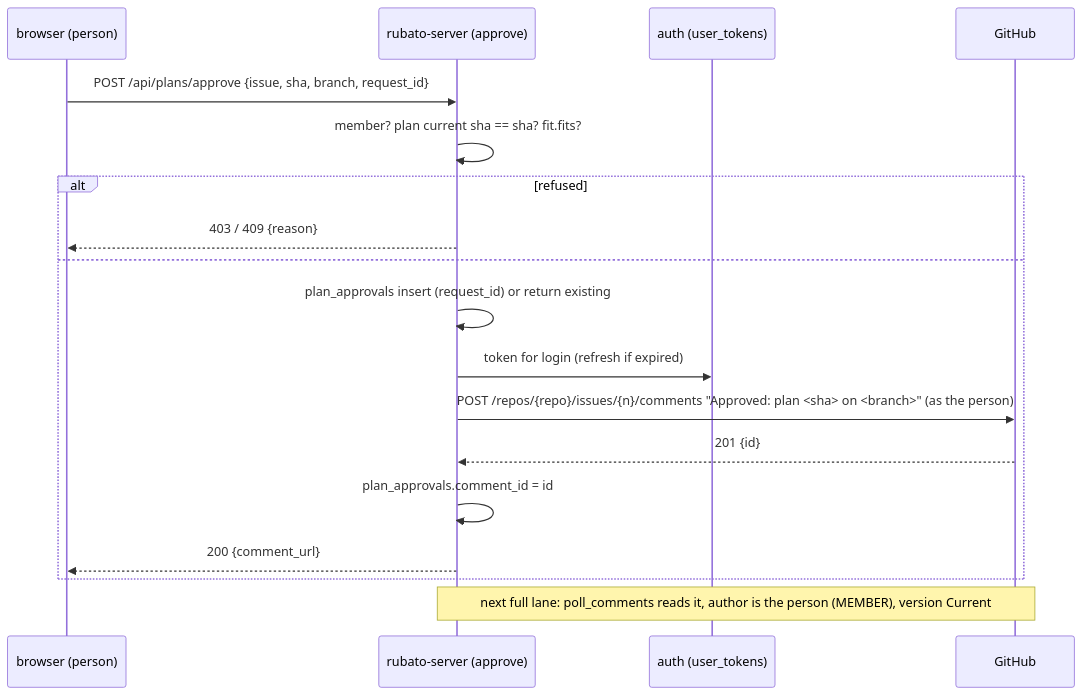
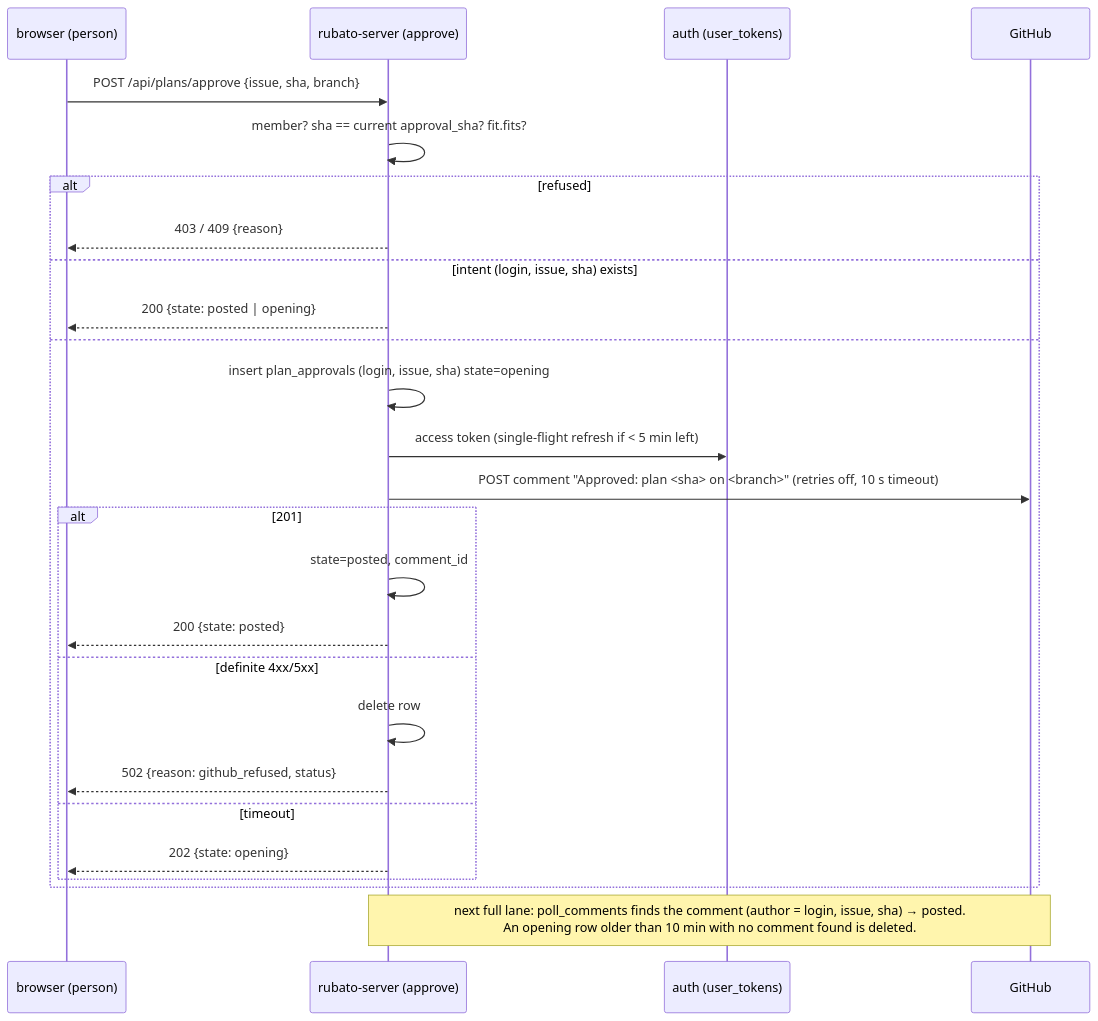
The second of 2 diagrams in docs/plans/80-plans-in-view/design.md (m0x6A/rubato), drawn with Mermaid before and after one commit. The commit also changed other lines of this file and 3 other files, not shown here.

````diff
--- a/docs/plans/80-plans-in-view/design.md
+++ b/docs/plans/80-plans-in-view/design.md
@@ -71,20 +95,28 @@
 ```mermaid
 sequenceDiagram
   participant B as browser (person)
   participant S as rubato-server (approve)
   participant A as auth (user_tokens)
   participant G as GitHub
-  B->>S: POST /api/plans/approve {issue, sha, branch, request_id}
-  S->>S: member? plan current sha == sha? fit.fits?
+  B->>S: POST /api/plans/approve {issue, sha, branch}
+  S->>S: member? sha == current approval_sha? fit.fits?
   alt refused
     S-->>B: 403 / 409 {reason}
+  else intent (login, issue, sha) exists
+    S-->>B: 200 {state: posted | opening}
   else
-    S->>S: plan_approvals insert (request_id) or return existing
-    S->>A: token for login (refresh if expired)
-    S->>G: POST /repos/{repo}/issues/{n}/comments "Approved: plan <sha> on <branch>" (as the person)
-    G-->>S: 201 {id}
-    S->>S: plan_approvals.comment_id = id
-    S-->>B: 200 {comment_url}
+    S->>S: insert plan_approvals (login, issue, sha) state=opening
+    S->>A: access token (single-flight refresh if < 5 min left)
+    S->>G: POST comment "Approved: plan <sha> on <branch>" (retries off, 10 s timeout)
+    alt 201
+      S->>S: state=posted, comment_id
+      S-->>B: 200 {state: posted}
+    else definite 4xx/5xx
+      S->>S: delete row
+      S-->>B: 502 {reason: github_refused, status}
+    else timeout
+      S-->>B: 202 {state: opening}
+    end
   end
-  Note over S,G: next full lane: poll_comments reads it, author is the person (MEMBER), version Current
+  Note over S,G: next full lane: poll_comments finds the comment (author = login, issue, sha) → posted.<br/>An opening row older than 10 min with no comment found is deleted.
 ```
````
